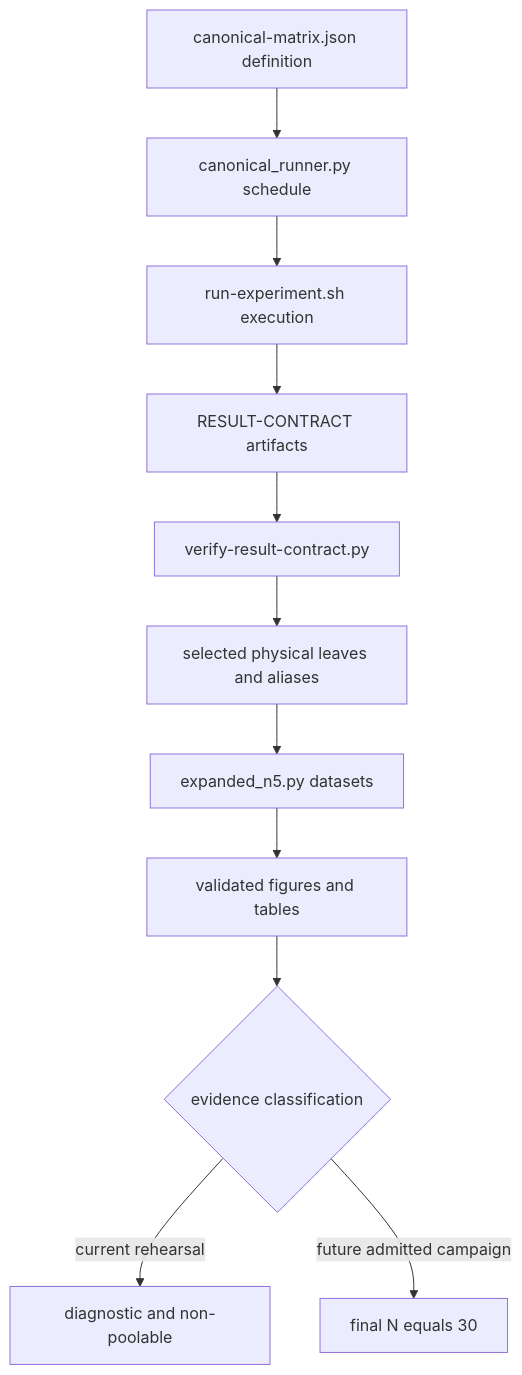
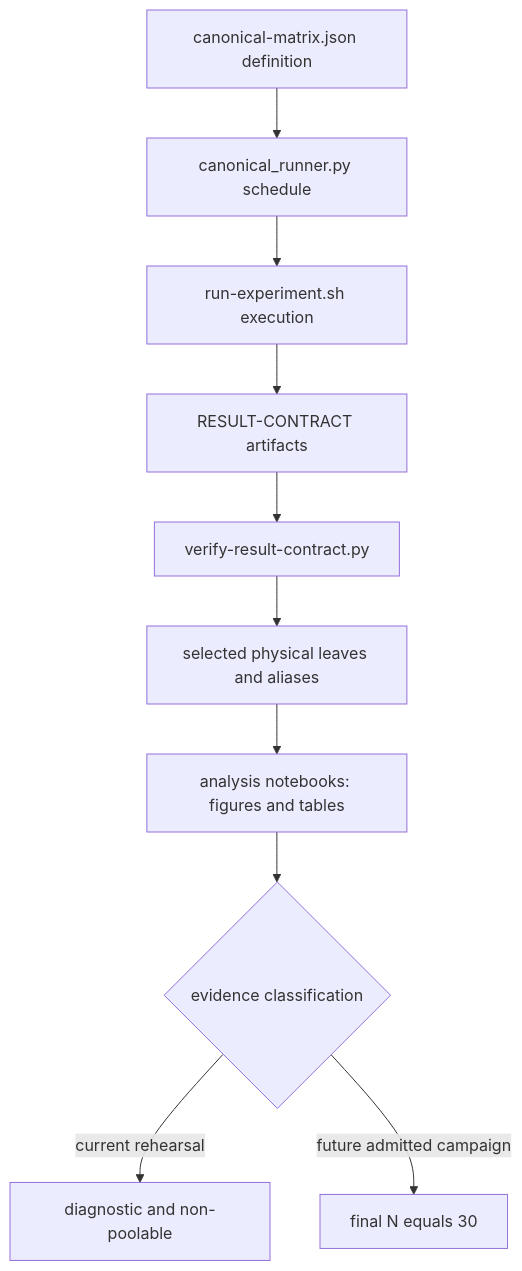
The diagram in docs/learn/evaluation-harness.md (PedroKlein/wafer), drawn with Mermaid before and after one commit. The commit also changed other lines of this file and 56 other files, not shown here.

````diff
--- a/docs/learn/evaluation-harness.md
+++ b/docs/learn/evaluation-harness.md
@@ -17,13 +17,12 @@
 ```mermaid
 flowchart TD
     A[canonical-matrix.json definition] --> B[canonical_runner.py schedule]
     B --> C[run-experiment.sh execution]
     C --> D[RESULT-CONTRACT artifacts]
     D --> E[verify-result-contract.py]
     E --> F[selected physical leaves and aliases]
-    F --> G[expanded_n5.py datasets]
-    G --> H[validated figures and tables]
+    F --> H[analysis notebooks: figures and tables]
     H --> I{evidence classification}
     I -->|current rehearsal| J[diagnostic and non-poolable]
     I -->|future admitted campaign| K[final N equals 30]
 ```
````
